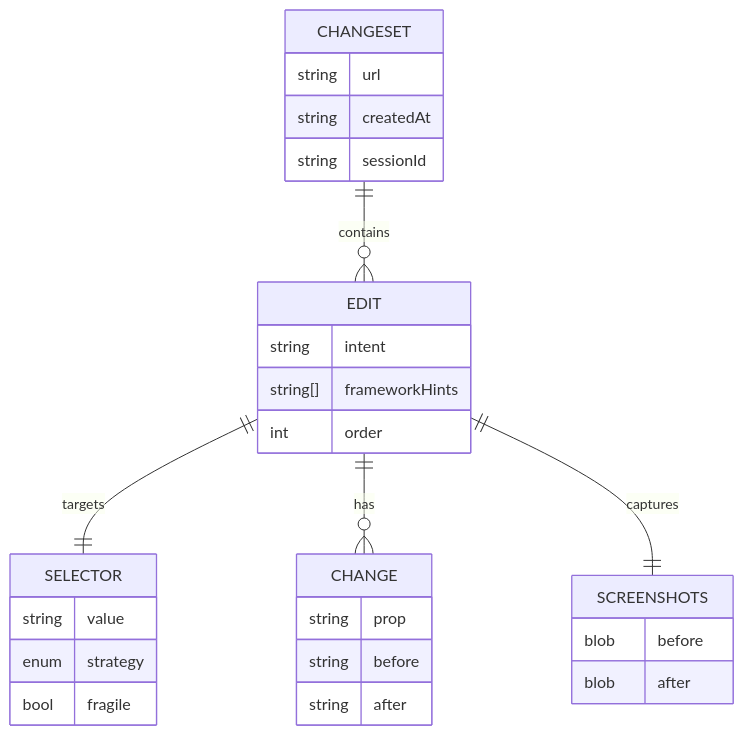
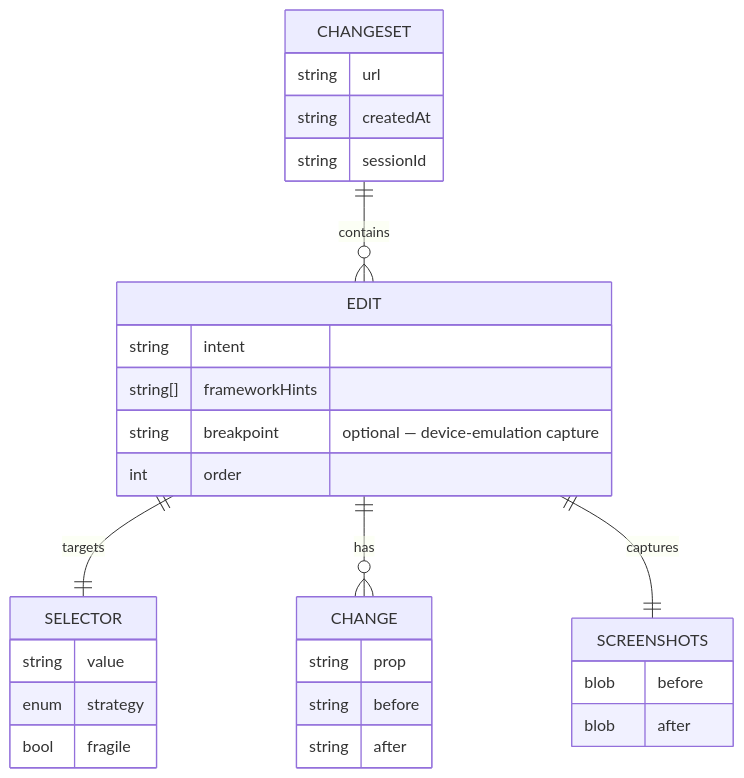
Before and after one commit to developerz-ai/ai-designer: the diagram in docs/architecture/changeset.md, drawn with Mermaid. The commit also changed other lines of this file and 21 other files, not shown here.

````diff
--- a/docs/architecture/changeset.md
+++ b/docs/architecture/changeset.md
@@ -7,32 +7,33 @@
 ```mermaid
 erDiagram
     CHANGESET ||--o{ EDIT : contains
     EDIT ||--|| SELECTOR : targets
     EDIT ||--o{ CHANGE : has
     EDIT ||--|| SCREENSHOTS : captures
 
     CHANGESET {
         string url
         string createdAt
         string sessionId
     }
     EDIT {
         string intent
         string[] frameworkHints
+        string breakpoint "optional — device-emulation capture"
         int order
     }
     SELECTOR {
         string value
         enum strategy
         bool fragile
     }
     CHANGE {
         string prop
         string before
         string after
     }
     SCREENSHOTS {
         blob before
         blob after
     }
 ```
````
